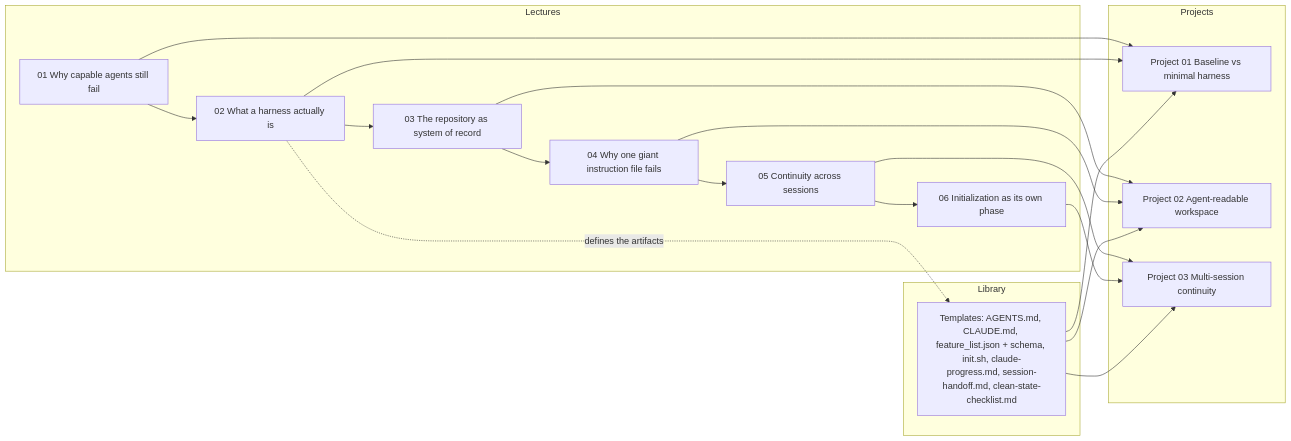
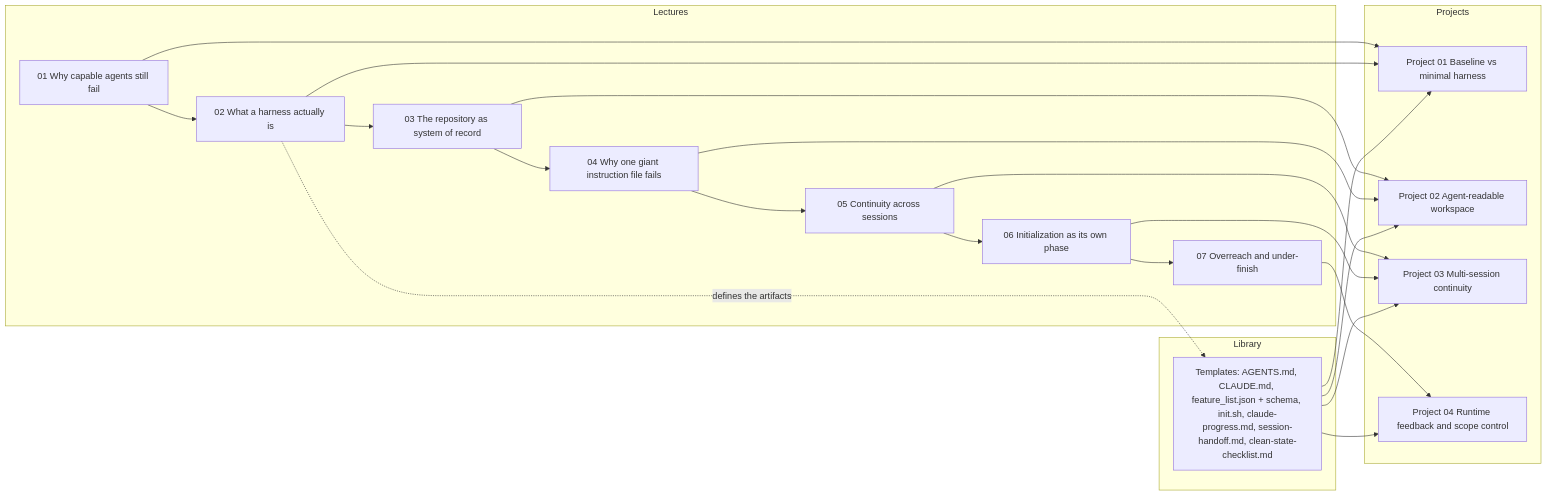
Before and after one commit to ANI-IN/harness-engineering-session: the diagram in docs/curriculum-map.md, drawn with Mermaid. The commit also changed other lines of this file and 47 other files, not shown here.

First line of the commit message:
Add lecture 07: why agents overreach and under-finish

````diff
--- a/docs/curriculum-map.md
+++ b/docs/curriculum-map.md
@@ -15,39 +14,44 @@
 ```mermaid
 flowchart LR
   subgraph Lectures
     L01["01 Why capable agents still fail"]
     L02["02 What a harness actually is"]
     L03["03 The repository as system of record"]
     L04["04 Why one giant instruction file fails"]
     L05["05 Continuity across sessions"]
     L06["06 Initialization as its own phase"]
+    L07["07 Overreach and under-finish"]
   end
 
   subgraph Projects
     P01["Project 01 Baseline vs minimal harness"]
     P02["Project 02 Agent-readable workspace"]
     P03["Project 03 Multi-session continuity"]
+    P04["Project 04 Runtime feedback and scope control"]
   end
 
   subgraph Library
     T["Templates: AGENTS.md, CLAUDE.md, feature_list.json + schema, init.sh, claude-progress.md, session-handoff.md, clean-state-checklist.md"]
   end
 
   L01 --> L02
   L02 --> L03
   L03 --> L04
   L04 --> L05
   L05 --> L06
+  L06 --> L07
 
   L01 --> P01
   L02 --> P01
   L03 --> P02
   L04 --> P02
   L05 --> P03
   L06 --> P03
+  L07 --> P04
 
   T --> P01
   T --> P02
   T --> P03
+  T --> P04
   L02 -. "defines the artifacts" .-> T
 ```
````
